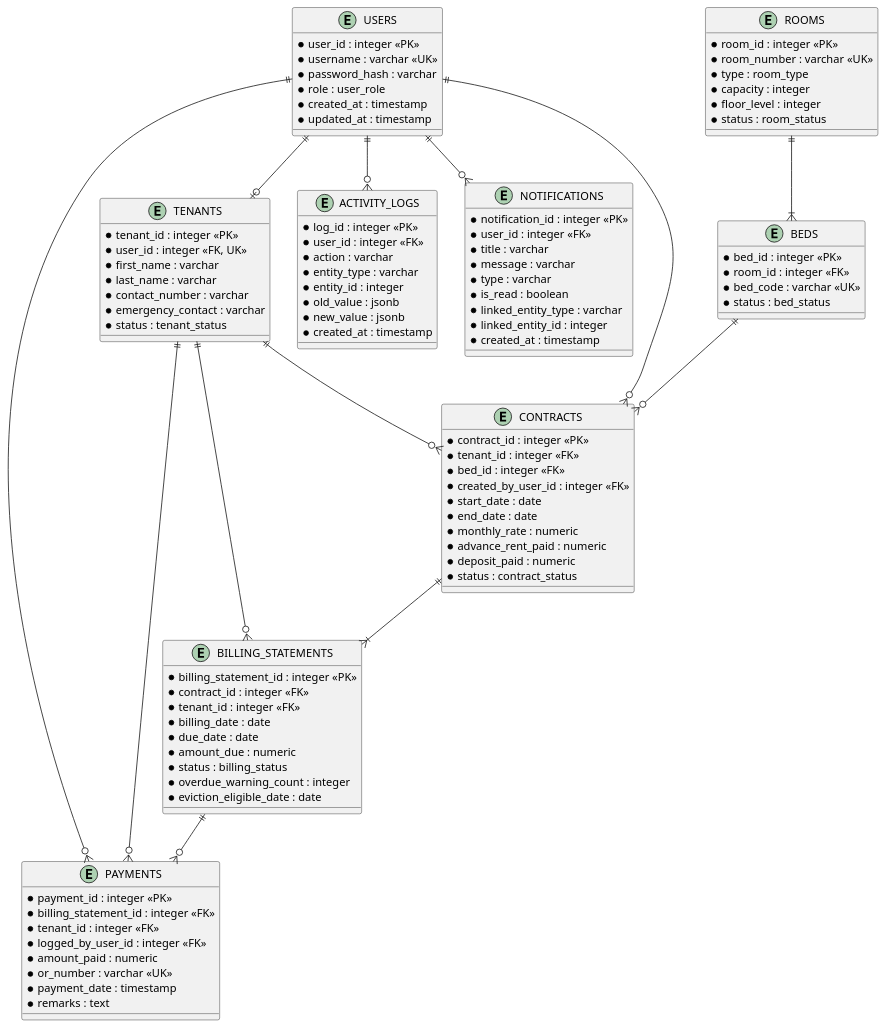
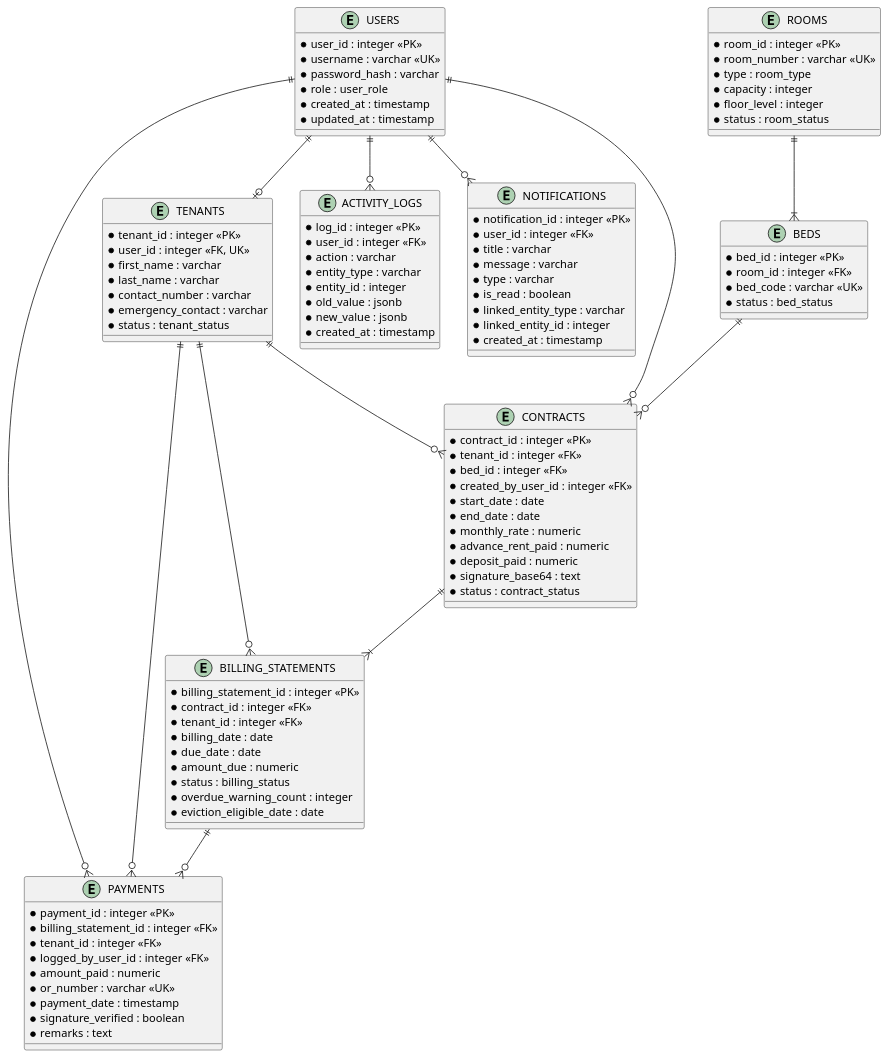
Before and after one commit to Artsk1e/-RenTahanan-A-Bedspace-Occupancy-and-Rent-Management-System: the second of 2 diagrams in docs/diagrams/ERD.md, drawn with PlantUML. The commit also changed other lines of this file and 4 other files, not shown here.

Commit message:
docs: fixed gaps for erd and class diagram

```diff
--- a/docs/diagrams/ERD.md
+++ b/docs/diagrams/ERD.md
@@ -321,6 +323,7 @@
   * monthly_rate : numeric
   * advance_rent_paid : numeric
   * deposit_paid : numeric
+  * signature_base64 : text
   * status : contract_status
 }
 
@@ -344,6 +347,7 @@
   * amount_paid : numeric
   * or_number : varchar <<UK>>
   * payment_date : timestamp
+  * signature_verified : boolean
   * remarks : text
 }
 
```
